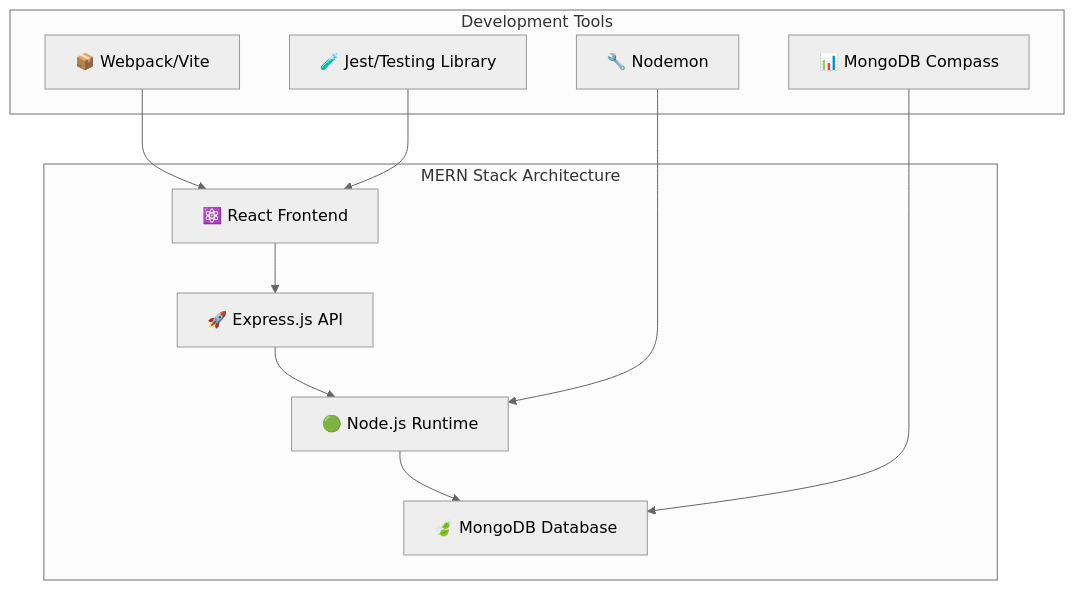
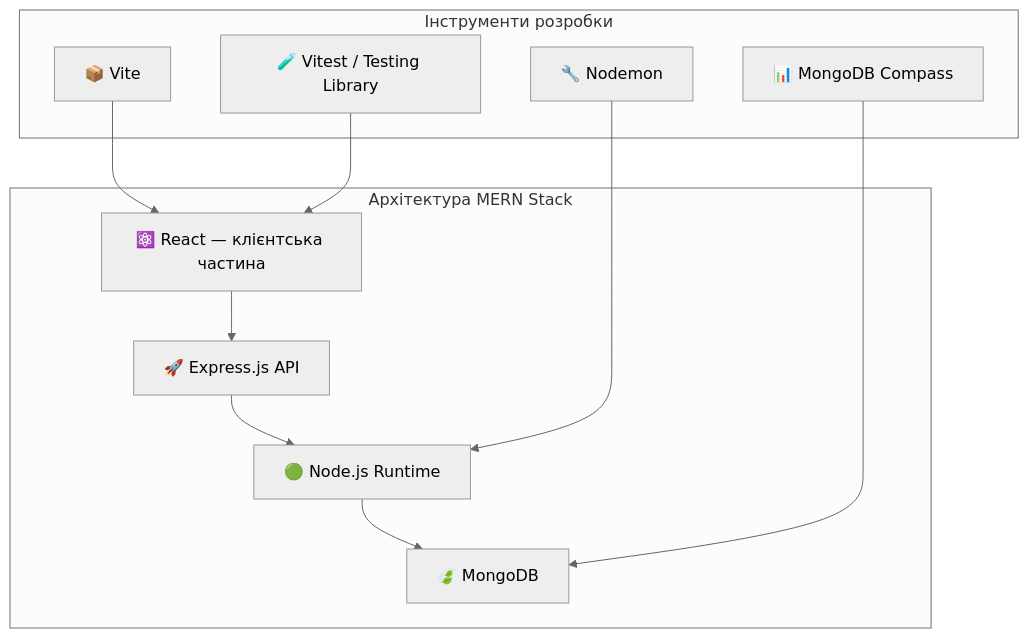
Before and after one commit to olroi421/course-web: diagram 16 of 19 in lectures/lecture-01.md, drawn with Mermaid (neutral theme). The commit also changed other lines of this file and 4 other files, not shown here.

````diff
--- a/lectures/lecture-01.md
+++ b/lectures/lecture-01.md
@@ -1170,15 +1224,15 @@
 ```mermaid
 graph TB
-    subgraph "MERN Stack Architecture"
-        A[⚛️ React Frontend] --> B[🚀 Express.js API]
+    subgraph "Архітектура MERN Stack"
+        A[⚛️ React — клієнтська частина] --> B[🚀 Express.js API]
         B --> C[🟢 Node.js Runtime]
-        C --> D[🍃 MongoDB Database]
+        C --> D[🍃 MongoDB]
     end
 
-    subgraph "Development Tools"
-        E[📦 Webpack/Vite] --> A
+    subgraph "Інструменти розробки"
+        E[📦 Vite] --> A
         F[🔧 Nodemon] --> C
-        G[🧪 Jest/Testing Library] --> A
+        G[🧪 Vitest / Testing Library] --> A
         H[📊 MongoDB Compass] --> D
     end
 ```
````
